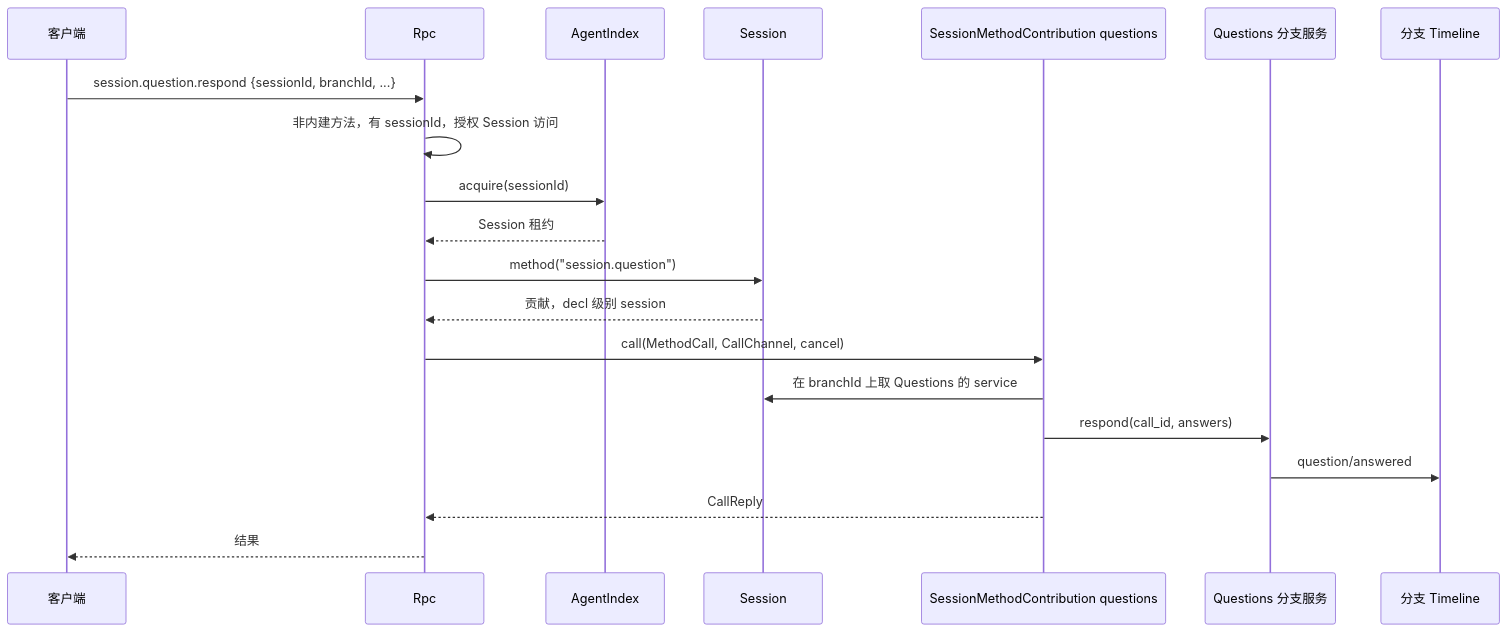
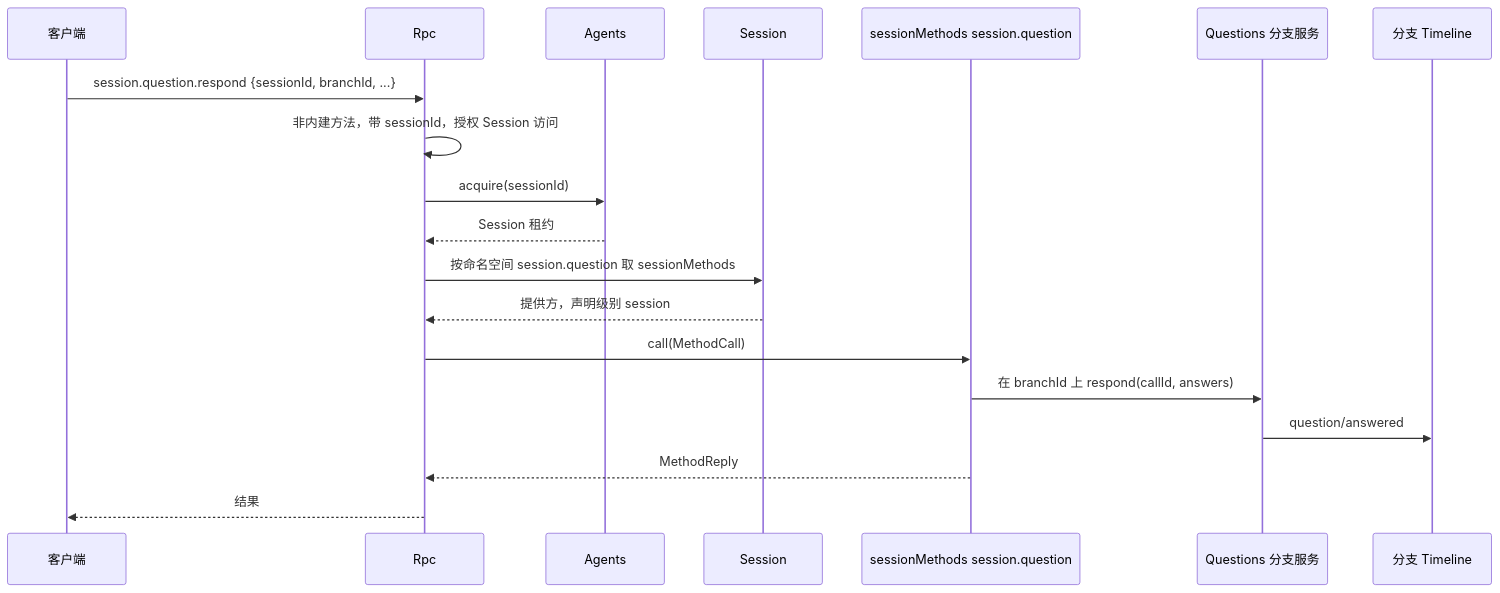
Before and after one commit to CoutinhoTTS/dim-agent: the second of 5 diagrams in docs/zh/design/contracts/session-boundary.md, drawn with Mermaid. The commit also changed other lines of this file and 18 other files, not shown here.

````diff
--- a/docs/zh/design/contracts/session-boundary.md
+++ b/docs/zh/design/contracts/session-boundary.md
@@ -61,22 +73,21 @@
 ```mermaid
 sequenceDiagram
   participant CL as 客户端
   participant Rpc as Rpc
-  participant AI as AgentIndex
+  participant AI as Agents
   participant S as Session
-  participant Q as SessionMethodContribution questions
+  participant Q as sessionMethods session.question
   participant QB as Questions 分支服务
   participant TL as 分支 Timeline
   CL->>Rpc: session.question.respond {sessionId, branchId, ...}
-  Rpc->>Rpc: 非内建方法，有 sessionId，授权 Session 访问
+  Rpc->>Rpc: 非内建方法，带 sessionId，授权 Session 访问
   Rpc->>AI: acquire(sessionId)
   AI-->>Rpc: Session 租约
-  Rpc->>S: method("session.question")
-  S-->>Rpc: 贡献，decl 级别 session
-  Rpc->>Q: call(MethodCall, CallChannel, cancel)
-  Q->>S: 在 branchId 上取 Questions 的 service
-  Q->>QB: respond(call_id, answers)
+  Rpc->>S: 按命名空间 session.question 取 sessionMethods
+  S-->>Rpc: 提供方，声明级别 session
+  Rpc->>Q: call(MethodCall)
+  Q->>QB: 在 branchId 上 respond(callId, answers)
   QB->>TL: question/answered
-  Q-->>Rpc: CallReply
+  Q-->>Rpc: MethodReply
   Rpc-->>CL: 结果
 ```
````
